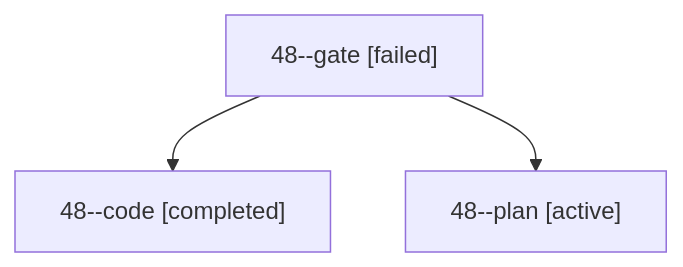
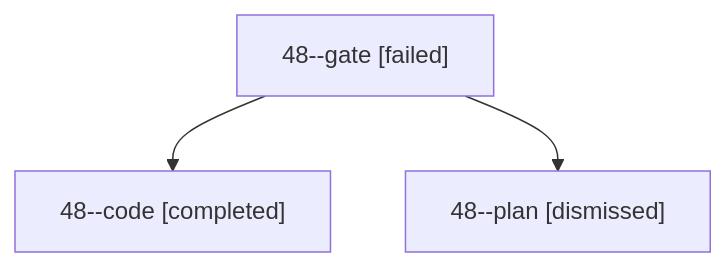
Before and after one commit to bobs-org/bob-cli--agents: the diagram in sessions/bbugyi200.apollo.48.md, drawn with Mermaid. The commit also changed other lines of this file and 48 other files, not shown here.

````diff
--- a/sessions/bbugyi200.apollo.48.md
+++ b/sessions/bbugyi200.apollo.48.md
@@ -9,8 +9,8 @@
 ```mermaid
 flowchart TD
   n0["48--gate [failed]"]
   n1["48--code [completed]"]
   n0 --> n1
-  n2["48--plan [active]"]
+  n2["48--plan [dismissed]"]
   n0 --> n2
 ```
````
